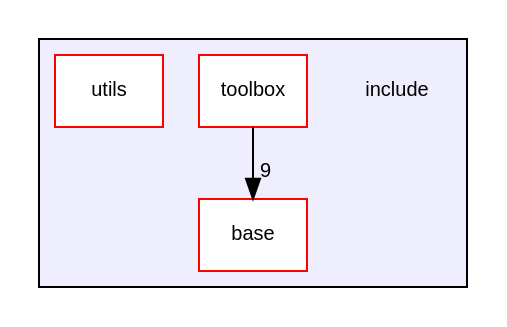
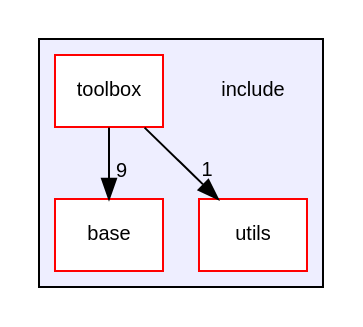
Before and after one commit to duddel/yourgamelib: the diagram in dir_d44c64559bbebec7f509842c48db8b23_dep.dot, drawn with Graphviz. The commit also changed 38 other files, not shown here.

```diff
--- a/dir_d44c64559bbebec7f509842c48db8b23_dep.dot
+++ b/dir_d44c64559bbebec7f509842c48db8b23_dep.dot
@@ -1,13 +1,14 @@
 digraph "/home/runner/work/yourgamelib/yourgamelib/include" {
   compound=true
   node [ fontsize="10", fontname="Helvetica"];
   edge [ labelfontsize="10", labelfontname="Helvetica"];
   subgraph clusterdir_d44c64559bbebec7f509842c48db8b23 {
     graph [ bgcolor="#eeeeff", pencolor="black", label="" URL="dir_d44c64559bbebec7f509842c48db8b23.html"];
     dir_d44c64559bbebec7f509842c48db8b23 [shape=plaintext label="include"];
     dir_ab1c81409f0df724f17c9ef30afee877 [shape=box label="base" color="red" fillcolor="white" style="filled" URL="dir_ab1c81409f0df724f17c9ef30afee877.html"];
     dir_dc8d4286420b7aa8efcc9a53b027321f [shape=box label="toolbox" color="red" fillcolor="white" style="filled" URL="dir_dc8d4286420b7aa8efcc9a53b027321f.html"];
     dir_821002d4f10779a80d4fb17bc32f21f1 [shape=box label="utils" color="red" fillcolor="white" style="filled" URL="dir_821002d4f10779a80d4fb17bc32f21f1.html"];
   }
+  dir_dc8d4286420b7aa8efcc9a53b027321f->dir_821002d4f10779a80d4fb17bc32f21f1 [headlabel="1", labeldistance=1.5 headhref="dir_000003_000005.html"];
   dir_dc8d4286420b7aa8efcc9a53b027321f->dir_ab1c81409f0df724f17c9ef30afee877 [headlabel="9", labeldistance=1.5 headhref="dir_000003_000001.html"];
 }
```
